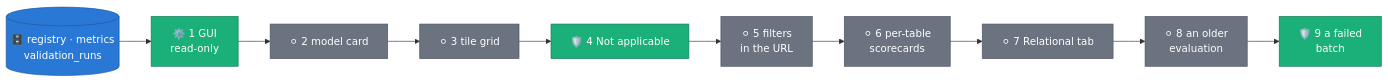
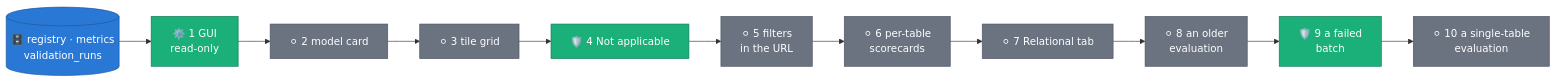
One commit to albertols/synthetic-llm-dataflow-bigquery changed the fourth of 8 diagrams in docs/RUN_PLAYBOOK.md. Above: the diagram before and after it, drawn with Mermaid. The commit also changed other lines of this file and 9 other files, not shown here.

First line of the commit message:
docs: region-aware job links, §2f single-table step and cross-checks; screenshots retaken

````diff
--- a/docs/RUN_PLAYBOOK.md
+++ b/docs/RUN_PLAYBOOK.md
@@ -1190,20 +1197,21 @@
 ```mermaid
 flowchart LR
   classDef beam  fill:#eb6834,color:#fff,stroke:#b44f26
   classDef cpu   fill:#1baf7a,color:#fff,stroke:#127a55
   classDef gpu   fill:#7a3fd1,color:#fff,stroke:#5a2f9d
   classDef store fill:#2a78d6,color:#fff,stroke:#1d5599
   classDef data  fill:#6b7280,color:#fff,stroke:#4b5563
 
   Q[("🗄️ registry · metrics<br/>validation_runs")]:::store
   G["⚙️ 1 GUI<br/>read-only"]:::cpu
   C["⚪ 2 model card"]:::data
   T["⚪ 3 tile grid"]:::data
   N["🛡️ 4 Not applicable"]:::cpu
   F["⚪ 5 filters<br/>in the URL"]:::data
   S["⚪ 6 per-table<br/>scorecards"]:::data
   R["⚪ 7 Relational tab"]:::data
   O["⚪ 8 an older<br/>evaluation"]:::data
   X["🛡️ 9 a failed<br/>batch"]:::cpu
-  Q --> G --> C --> T --> N --> F --> S --> R --> O --> X
+  U["⚪ 10 a single-table<br/>evaluation"]:::data
+  Q --> G --> C --> T --> N --> F --> S --> R --> O --> X --> U
 ```
````
